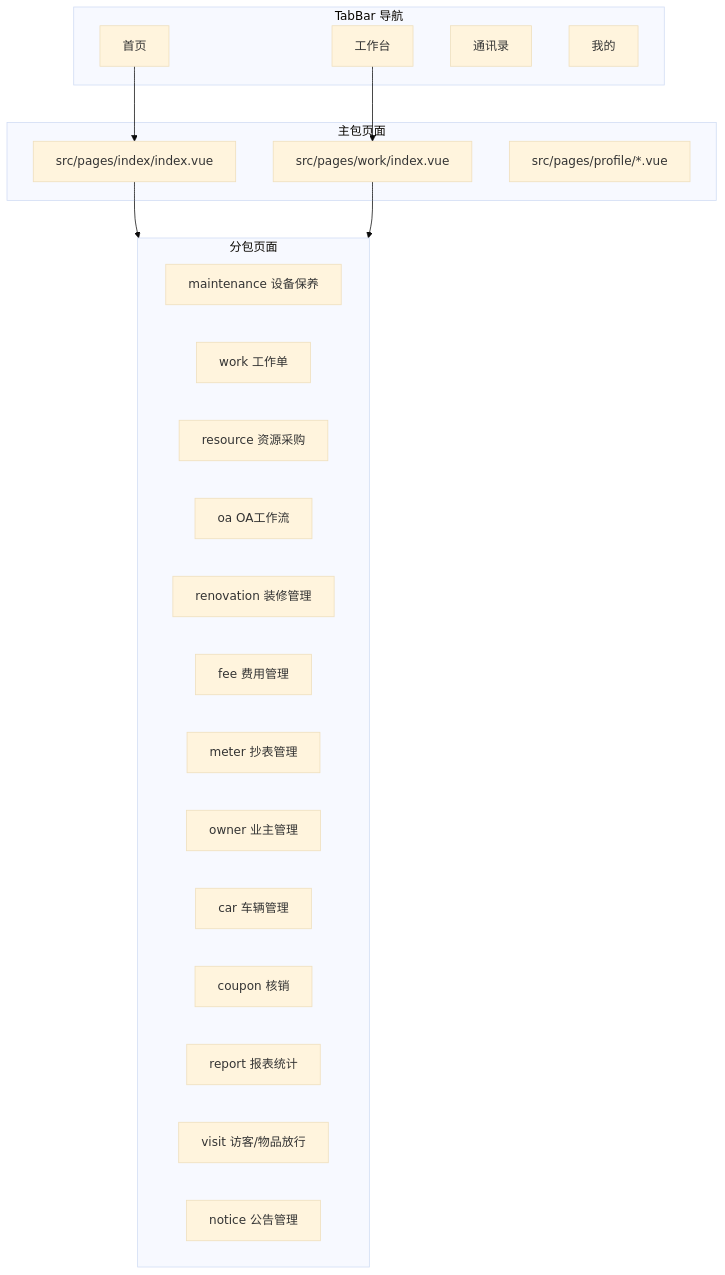
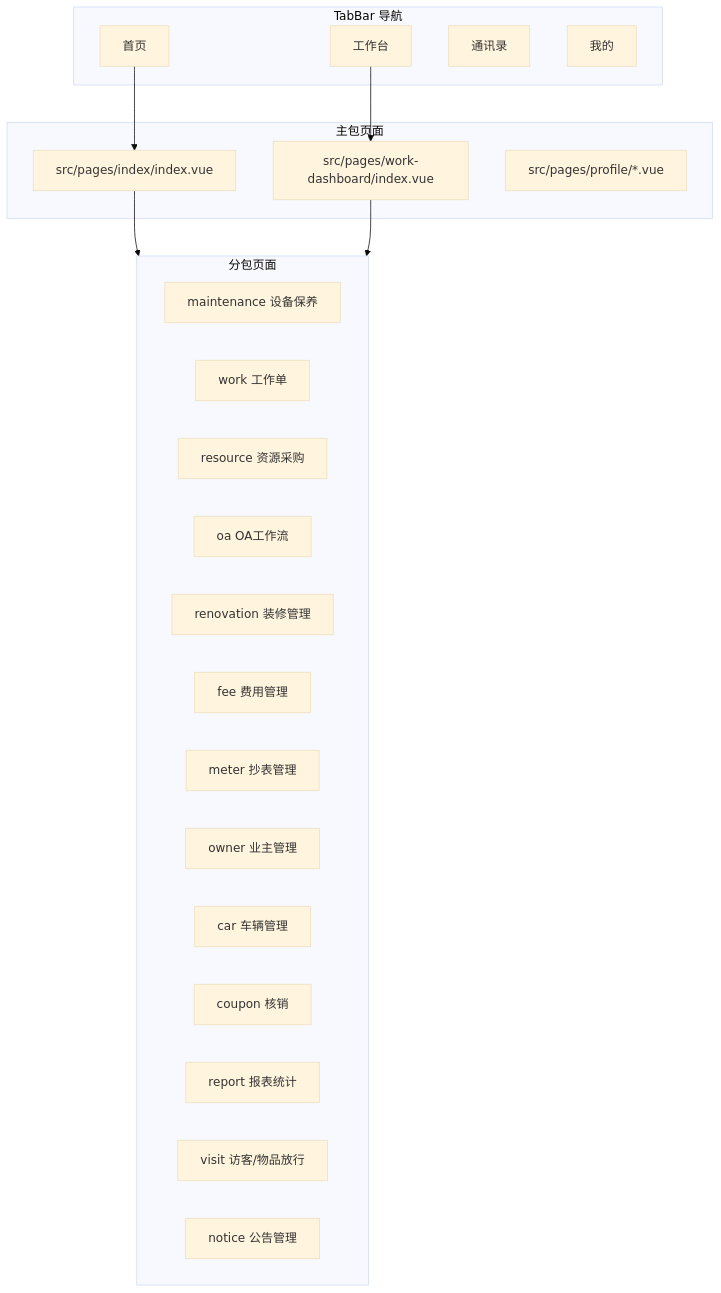
One commit to ruan-cat/11comm-app changed the diagram in .kiro/specs/home-workbench-migration/design.md. Above: the diagram before and after it, drawn with Mermaid (base theme). The commit also changed other lines of this file and 3 other files, not shown here.

````diff
--- a/.kiro/specs/home-workbench-migration/design.md
+++ b/.kiro/specs/home-workbench-migration/design.md
@@ -41,36 +41,36 @@
 ```mermaid
 graph TB
     subgraph TabBar["TabBar 导航"]
         Index["首页"]
         Work["工作台"]
         Address["通讯录"]
         Me["我的"]
     end
 
     subgraph MainPages["主包页面"]
         IndexPage["src/pages/index/index.vue"]
-        WorkPage["src/pages/work/index.vue"]
+        WorkPage["src/pages/work-dashboard/index.vue"]
         ProfilePages["src/pages/profile/*.vue"]
     end
 
     subgraph SubPackages["分包页面"]
         Maintenance["maintenance 设备保养"]
         WorkOrder["work 工作单"]
         Resource["resource 资源采购"]
         OA["oa OA工作流"]
         Renovation["renovation 装修管理"]
         Fee["fee 费用管理"]
         Meter["meter 抄表管理"]
         Owner["owner 业主管理"]
         Car["car 车辆管理"]
         Coupon["coupon 核销"]
         Report["report 报表统计"]
         Visit["visit 访客/物品放行"]
         Notice["notice 公告管理"]
     end
 
     Index --> IndexPage
     Work --> WorkPage
     IndexPage --> SubPackages
     WorkPage --> SubPackages
 ```
````
